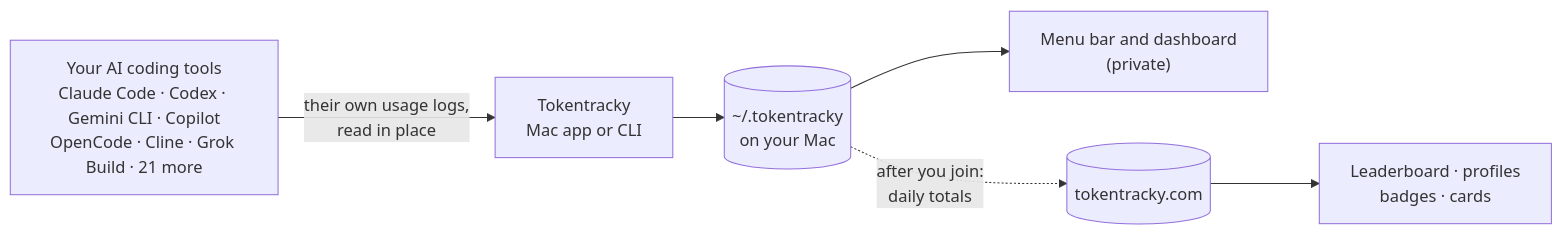
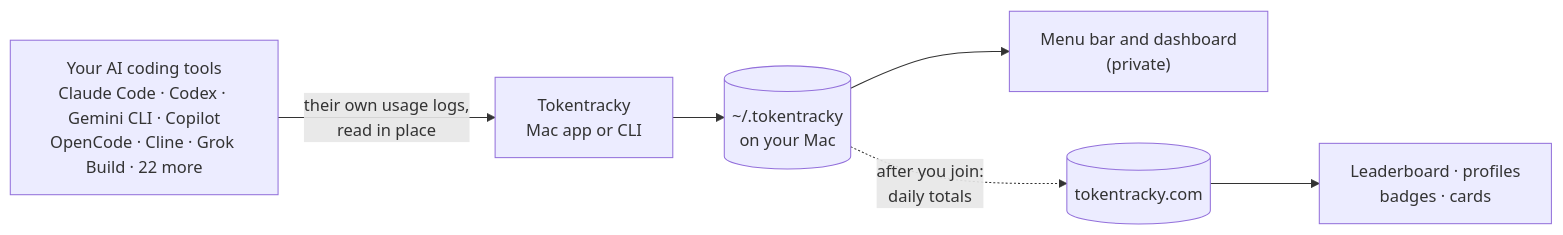
One commit to AuvreyDurelle/tokentracky changed the diagram in README.md. Above: the diagram before and after it, drawn with Mermaid. The commit also changed other lines of this file and 73 other files, not shown here.

First line of the commit message:
Read Antigravity: its transcripts and recorded token usage, ported from TokenTracker (#23)

````diff
--- a/README.md
+++ b/README.md
@@ -156,8 +156,8 @@
 ```mermaid
 flowchart LR
-    A["Your AI coding tools<br/>Claude Code · Codex · Gemini CLI · Copilot<br/>OpenCode · Cline · Grok Build · 21 more"] -->|"their own usage logs,<br/>read in place"| B["Tokentracky<br/>Mac app or CLI"]
+    A["Your AI coding tools<br/>Claude Code · Codex · Gemini CLI · Copilot<br/>OpenCode · Cline · Grok Build · 22 more"] -->|"their own usage logs,<br/>read in place"| B["Tokentracky<br/>Mac app or CLI"]
     B --> C[("~/.tokentracky<br/>on your Mac")]
     C --> D["Menu bar and dashboard<br/>(private)"]
     C -.->|"after you join:<br/>daily totals"| E[("tokentracky.com")]
     E --> F["Leaderboard · profiles<br/>badges · cards"]
 ```
````
